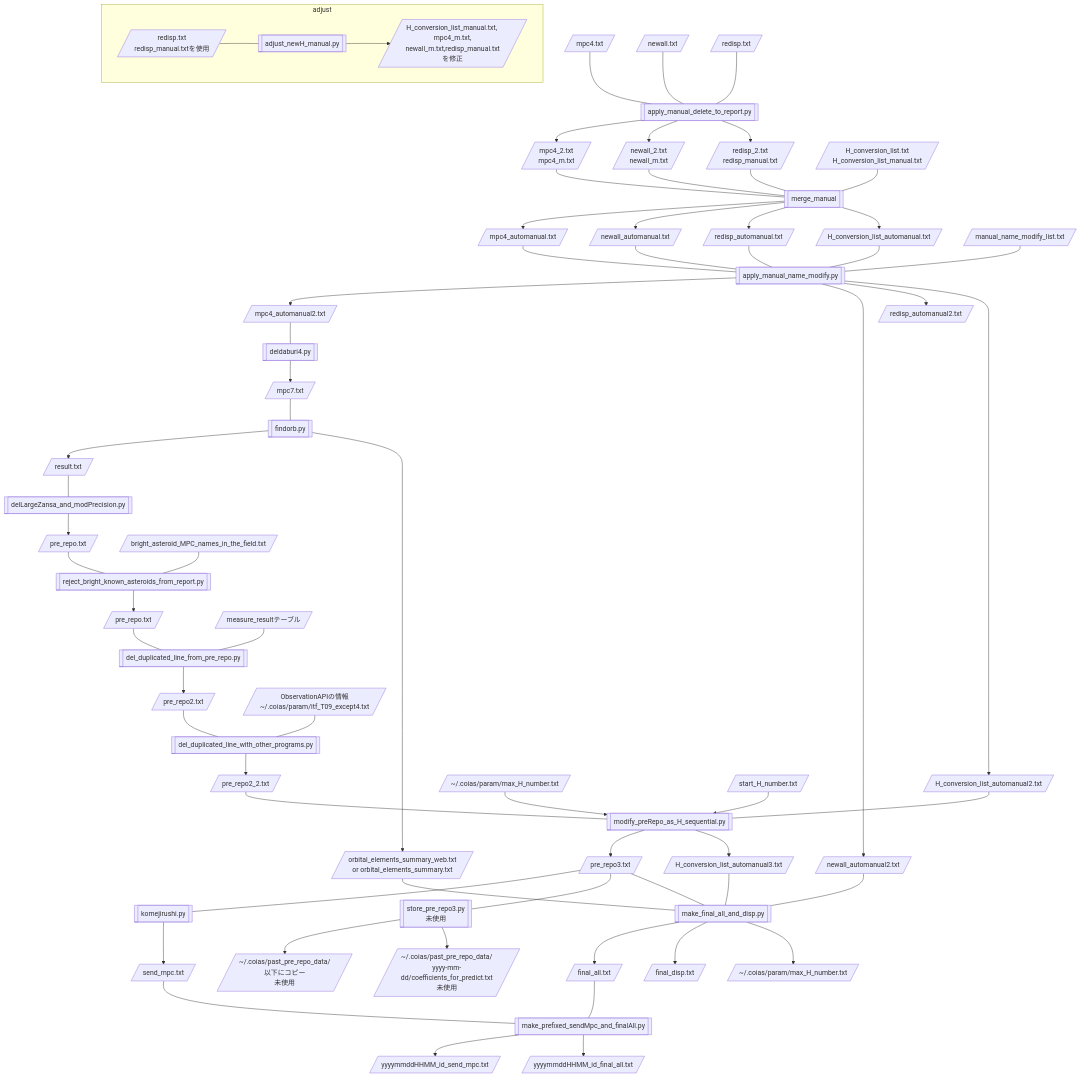
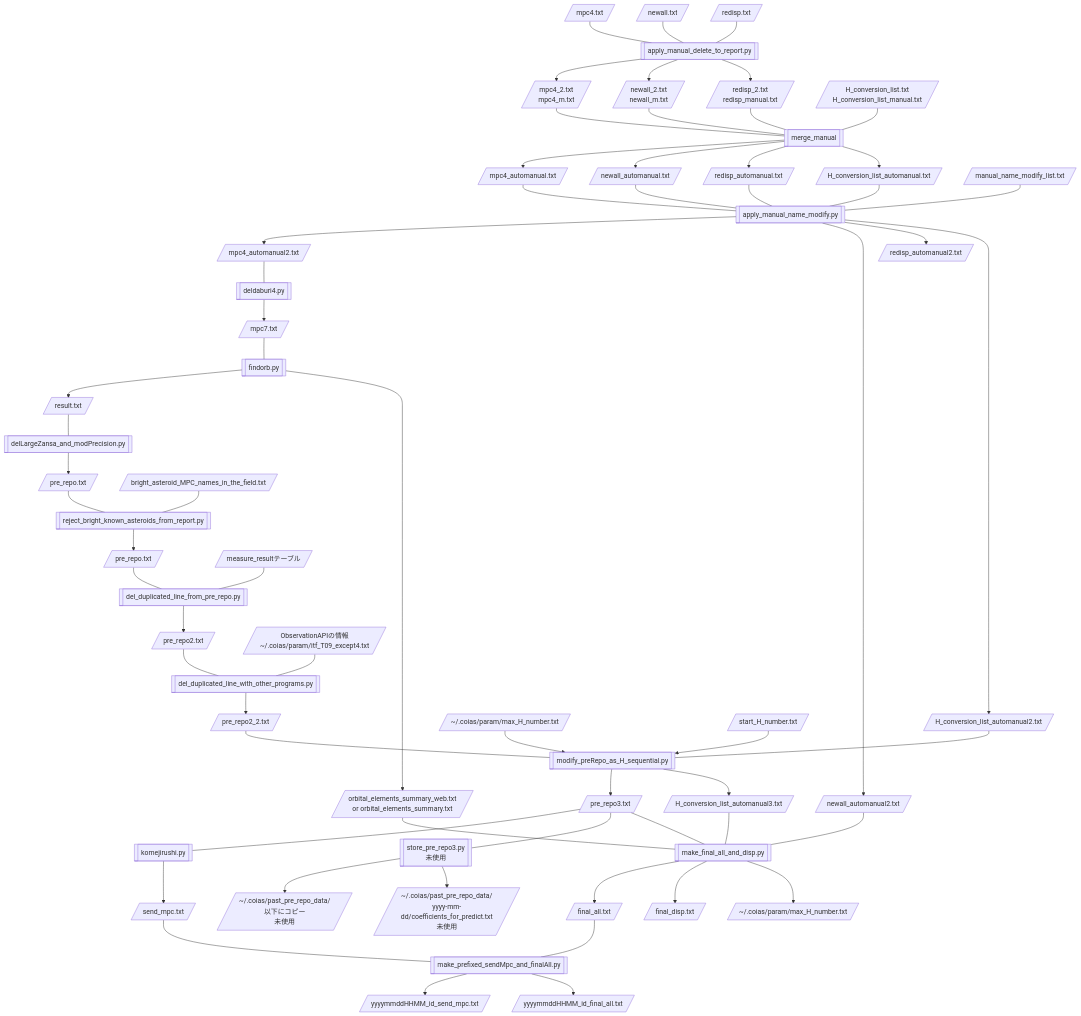
One commit to COIAS-program/COIAS_program_github changed the diagram in flowcharts/flowchart7-AstsearchR_afterReCOIAS.md. Above: the diagram before and after it, drawn with Mermaid. The commit also changed 2 other files, not shown here.

Commit message:
src7: レポートモード以前でH番号の付け替えが起きることはなくなるので、adjust_newH_manual.pyは不必要のため削除

```````diff
--- a/flowcharts/flowchart7-AstsearchR_afterReCOIAS.md
+++ b/flowcharts/flowchart7-AstsearchR_afterReCOIAS.md
@@ -3,70 +3,64 @@
 ```mermaid
 flowchart TD
     n[/mpc4.txt/] --- o[[apply_manual_delete_to_report.py]]
     p[/newall.txt/] --- o
     q[/redisp.txt/] --- o
     o --> A
     o --> C
     o --> D
     A[/mpc4_2.txt<br>mpc4_m.txt/] --- B[[merge_manual]]
     C[/newall_2.txt<br>newall_m.txt/] --- B
     D[/redisp_2.txt<br>redisp_manual.txt/] --- B
     E[/H_conversion_list.txt<br>H_conversion_list_manual.txt/] --- B
     B --> F[/mpc4_automanual.txt/]
     B --> G[/newall_automanual.txt/]
     B --> H[/redisp_automanual.txt/]
     B --> I[/H_conversion_list_automanual.txt/]
-
-    subgraph adjust
-        A1[/redisp.txt<br>redisp_manual.txtを使用/] --- B1[[adjust_newH_manual.py]]
-        B1 --> C1[/H_conversion_list_manual.txt, mpc4_m.txt,<br>newall_m.txt,redisp_manual.txtを修正/]
-    end
-
     l[/manual_name_modify_list.txt/] --- J
     F --- J[[apply_manual_name_modify.py]]
     G --- J
     H --- J
     I --- J
     J --> K[/mpc4_automanual2.txt/]
     J --> L[/newall_automanual2.txt/]
     J --> M[/redisp_automanual2.txt/]
     J --> N[/H_conversion_list_automanual2.txt/]
     K --- O[[deldaburi4.py]]
     O --> P[/mpc7.txt/]
     P --- Q[[findorb.py]]
     Q --> R[/result.txt/]
     Q --> S[/orbital_elements_summary_web.txt<br>or orbital_elements_summary.txt/]
     R --- T[[delLargeZansa_and_modPrecision.py]]
     T --> U[/pre_repo.txt/]
     U --- V[[reject_bright_known_asteroids_from_report.py]]
     V --> W[/pre_repo.txt/]
     X[/bright_asteroid_MPC_names_in_the_field.txt/] --- V
 	W --- b[[del_duplicated_line_from_pre_repo.py]]
 	c[/measure_resultテーブル/] --- b
 	b --> d[/pre_repo2.txt/]
     d --- Y2[[del_duplicated_line_with_other_programs.py]]
     c2[/ObservationAPIの情報<br>~/.coias/param/itf_T09_except4.txt/] --- Y2
     Y2 --> d2[/pre_repo2_2.txt/]
     d2 --- Y[[modify_preRepo_as_H_sequential.py]]
     r[/"~/.coias/param/max_H_number.txt"/] --> Y
     s[/start_H_number.txt/] --> Y
     Y --> Z[/pre_repo3.txt/]
     Y --> a[/H_conversion_list_automanual3.txt/]
     N --- Y
     Z --- e[[komejirushi.py]]
     e --> f[/send_mpc.txt/]
     Z --- g[[store_pre_repo3.py<br>未使用]]
     g --> h[/"~"/.coias/past_pre_repo_data/以下にコピー<br>未使用/]
     g --> m[/"~"/.coias/past_pre_repo_data/<br>yyyy-mm-dd/coefficients_for_predict.txt<br>未使用/]
     a --- i[[make_final_all_and_disp.py]]
     Z --- i
     L --- i
     i --> j[/final_all.txt/]
     i --> k[/final_disp.txt/]
     i --> t[/"~/.coias/param/max_H_number.txt"/]
     S --- i
     j --- u[[make_prefixed_sendMpc_and_finalAll.py]]
     f --- u
     u --> v[/yyyymmddHHMM_id_send_mpc.txt/]
     u --> w[/yyyymmddHHMM_id_final_all.txt/]
 ``````
```````
